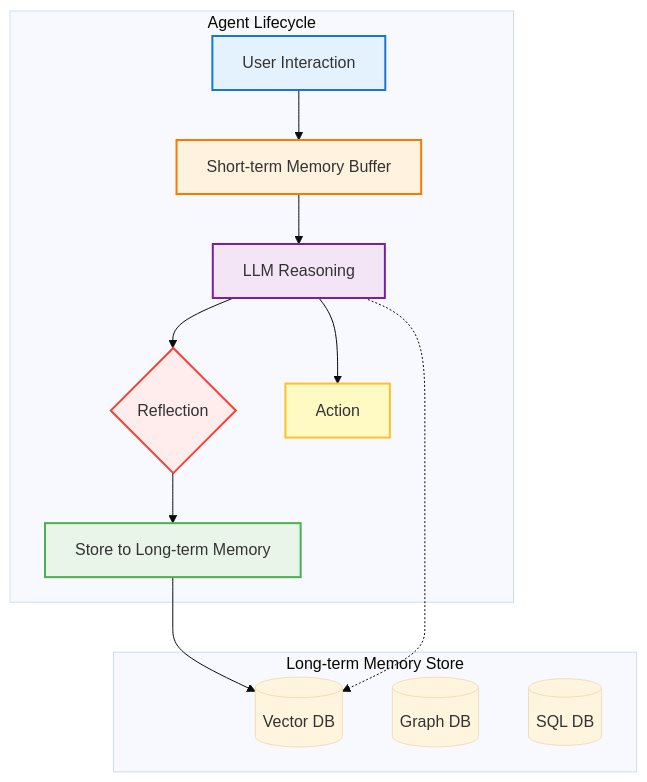
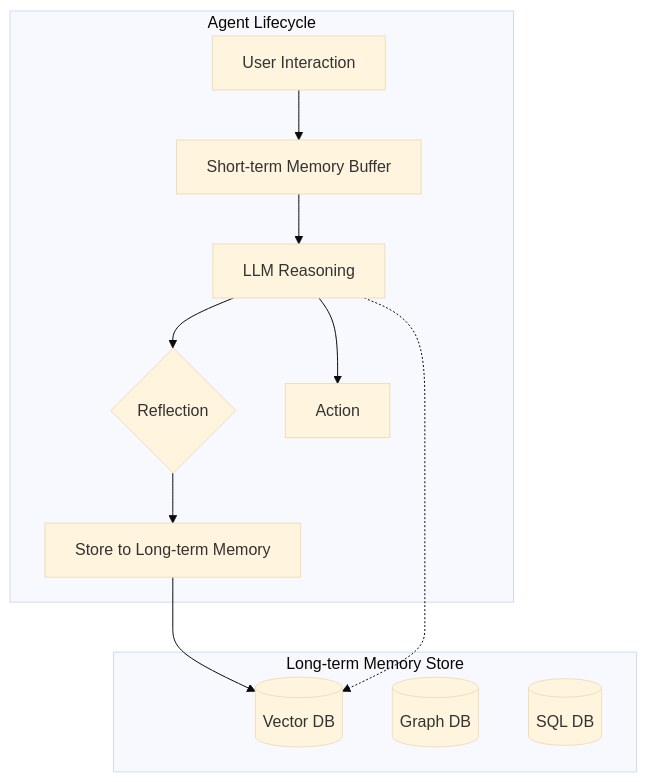
The diagram in docs/5-agentic-ai/5-3-아키텍처-패턴/memory-and-long-term-context.md (harimkang/ai-engineer-guide), drawn with Mermaid (base theme) before and after one commit. The commit also changed 45 other files, not shown here.

````diff
--- a/docs/5-agentic-ai/5-3-아키텍처-패턴/memory-and-long-term-context.md
+++ b/docs/5-agentic-ai/5-3-아키텍처-패턴/memory-and-long-term-context.md
@@ -42,26 +42,19 @@
 ```mermaid
 graph TD
     subgraph "Agent Lifecycle"
         A[User Interaction] --> B[Short-term Memory Buffer]
         B --> C[LLM Reasoning]
         C --> D{Reflection}
         D --> E[Store to Long-term Memory]
         C --> F[Action]
     end
 
     subgraph "Long-term Memory Store"
         VDB[(Vector DB)]
         GDB[(Graph DB)]
         SQL[(SQL DB)]
     end
 
     E --> VDB
     C -.-> VDB
-
-    style A fill:#e3f2fd,stroke:#1976d2,stroke-width:2px
-    style B fill:#fff3e0,stroke:#f57c00,stroke-width:2px
-    style C fill:#f3e5f5,stroke:#7b1fa2,stroke-width:2px
-    style D fill:#ffecec,stroke:#f44336,stroke-width:2px
-    style E fill:#e8f5e8,stroke:#4caf50,stroke-width:2px
-    style F fill:#fff9c4,stroke:#fbc02d,stroke-width:2px
 ```
````
